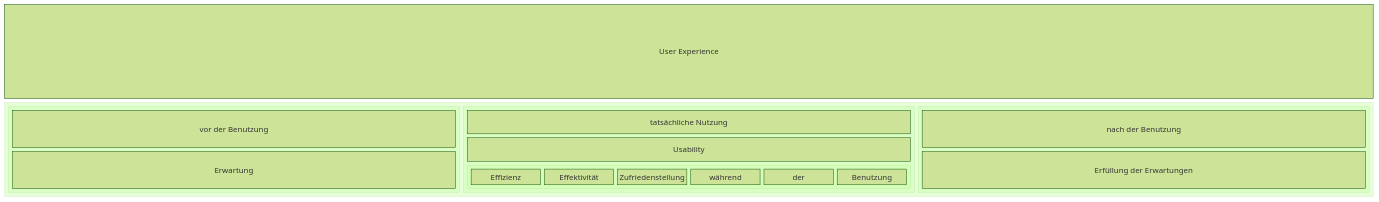
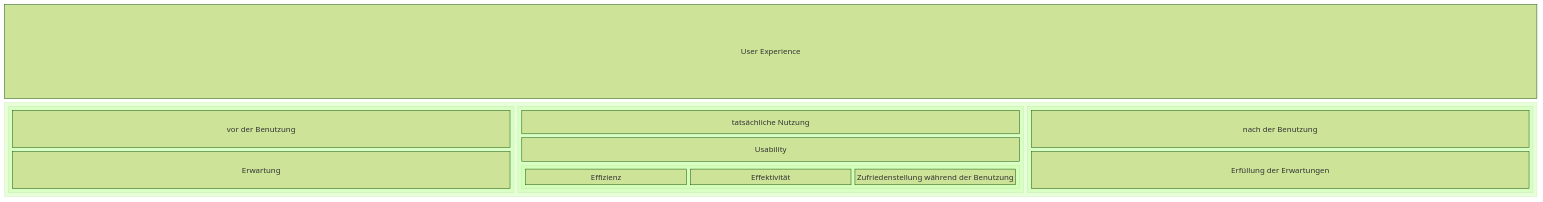
Before and after one commit to learosema/cpux-prep: the first of 2 diagrams in definitionen-und-normen/user-experience.md, drawn with Mermaid (forest theme).

Commit message:
fix: fix mermaid

````diff
--- a/definitionen-und-normen/user-experience.md
+++ b/definitionen-und-normen/user-experience.md
@@ -19,28 +19,28 @@
 ```mermaid
 block-beta
     columns 1
     a["User Experience"]
     block:group1
         columns 3
         block:anticipated
             columns 1
             vor["vor der Benutzung"]
             Erwartung
         end
         block:usability
             columns 1
             current["tatsächliche Nutzung"]
             usability_caption["Usability"]
             block:eez
                 Effizienz
                 Effektivität
-                Zufriedenstellung während der Benutzung
+                Zufriedenstellung["Zufriedenstellung während der Benutzung"]
             end
         end
         block:afterwards
             columns 1
             danach["nach der Benutzung"]
             fulfil["Erfüllung der Erwartungen"]
         end
     end
 ```
````
